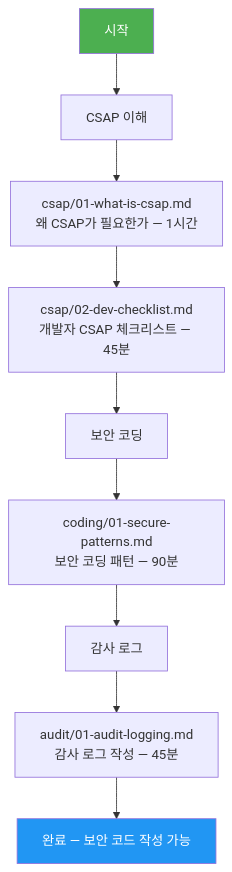
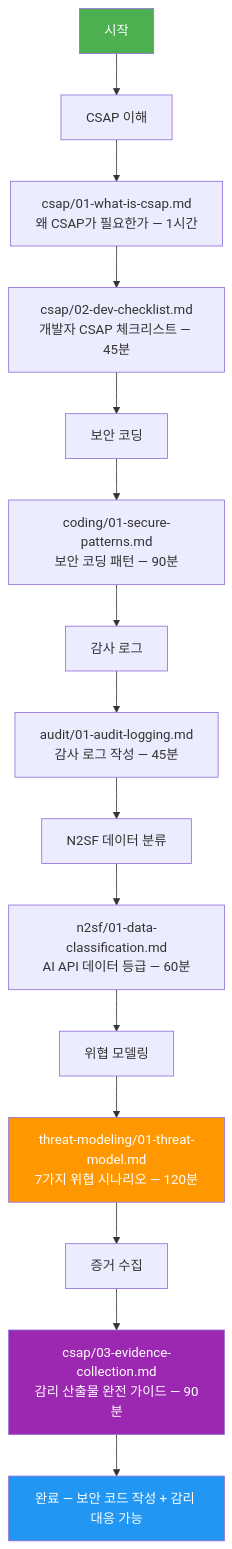
Before and after one commit to s99606931/ai-saas: the diagram in docs/guides/onboarding/07-security/README.md, drawn with Mermaid. The commit also changed other lines of this file and 141 other files, not shown here.

````diff
--- a/docs/guides/onboarding/07-security/README.md
+++ b/docs/guides/onboarding/07-security/README.md
@@ -34,14 +34,22 @@
 ```mermaid
 graph TD
   A[시작] --> B[CSAP 이해]
   B --> B1[csap/01-what-is-csap.md\n왜 CSAP가 필요한가 — 1시간]
   B1 --> B2[csap/02-dev-checklist.md\n개발자 CSAP 체크리스트 — 45분]
   B2 --> C[보안 코딩]
   C --> C1[coding/01-secure-patterns.md\n보안 코딩 패턴 — 90분]
   C1 --> D[감사 로그]
   D --> D1[audit/01-audit-logging.md\n감사 로그 작성 — 45분]
-  D1 --> E[완료 — 보안 코드 작성 가능]
+  D1 --> N[N2SF 데이터 분류]
+  N --> N1[n2sf/01-data-classification.md\nAI API 데이터 등급 — 60분]
+  N1 --> T[위협 모델링]
+  T --> T1[threat-modeling/01-threat-model.md\n7가지 위협 시나리오 — 120분]
+  T1 --> EV[증거 수집]
+  EV --> EV1[csap/03-evidence-collection.md\n감리 산출물 완전 가이드 — 90분]
+  EV1 --> E[완료 — 보안 코드 작성 + 감리 대응 가능]
 
   style A fill:#4CAF50,color:#fff
   style E fill:#2196F3,color:#fff
+  style T1 fill:#FF9800,color:#fff
+  style EV1 fill:#9C27B0,color:#fff
 ```
````
